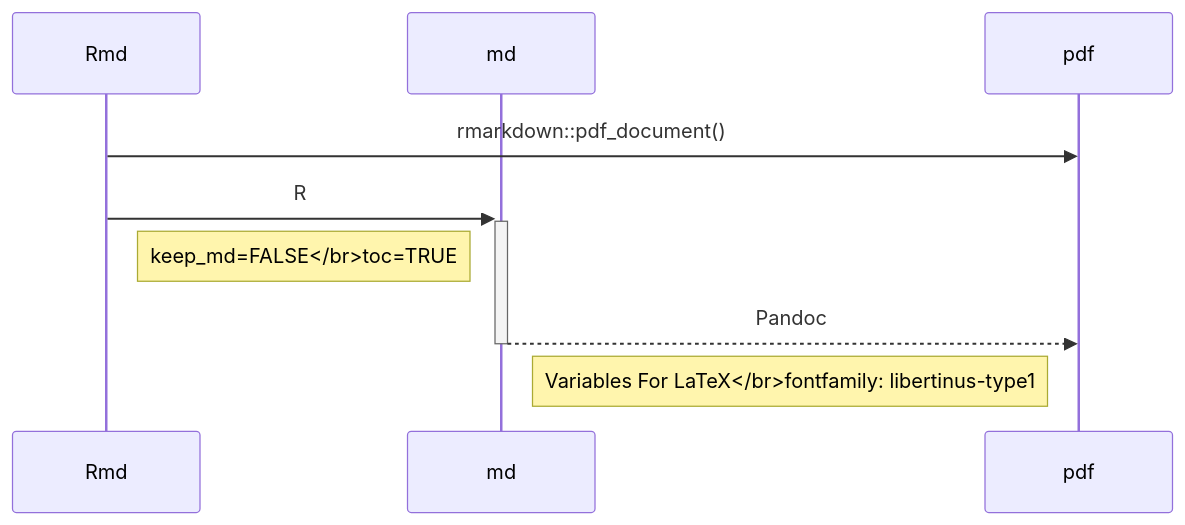
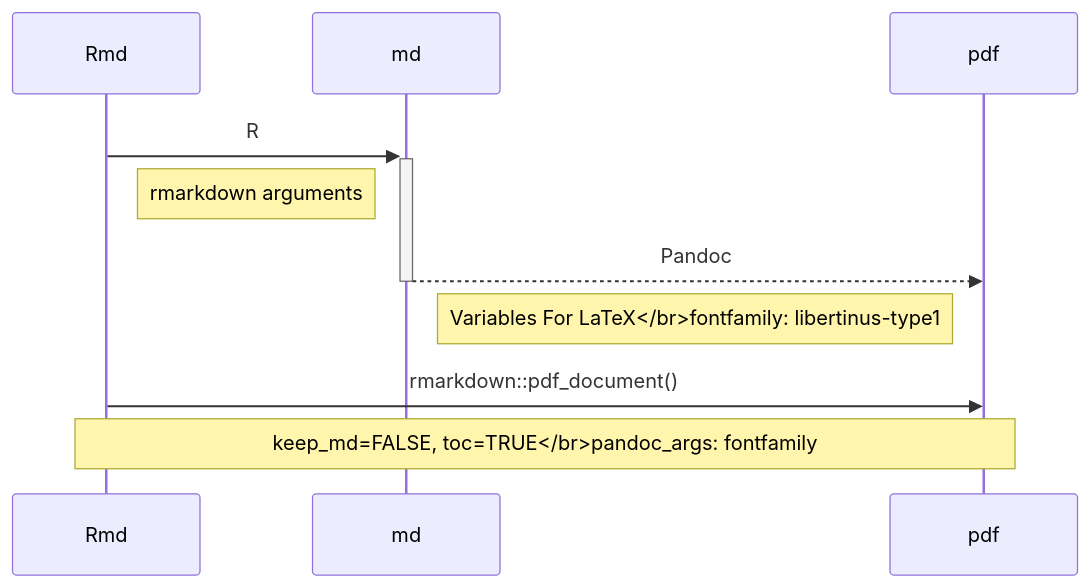
One commit to FCACollin/guide changed the second of 3 diagrams in content/rmd_to_pdf/rmd2pdf_01.md. Above: the diagram before and after it, drawn with Mermaid. The commit also changed other lines of this file and 20 other files, not shown here.

```diff
--- a/content/rmd_to_pdf/rmd2pdf_01.md
+++ b/content/rmd_to_pdf/rmd2pdf_01.md
@@ -163,11 +163,12 @@
 {{<mermaid align="left">}}
 sequenceDiagram
     participant Rmd
     participant md
     participant pdf
-    Rmd->>pdf: rmarkdown::pdf_document()
     Rmd->>+md: R
-    Note right of Rmd: keep_md=FALSE</br>toc=TRUE
+    Note right of Rmd: rmarkdown arguments
     md-->>-pdf: Pandoc
     Note right of md: Variables For LaTeX</br>fontfamily: libertinus-type1
+    Rmd->>pdf: rmarkdown::pdf_document()
+    Note over Rmd,pdf: keep_md=FALSE, toc=TRUE</br>pandoc_args: fontfamily
 {{< /mermaid >}}
```
